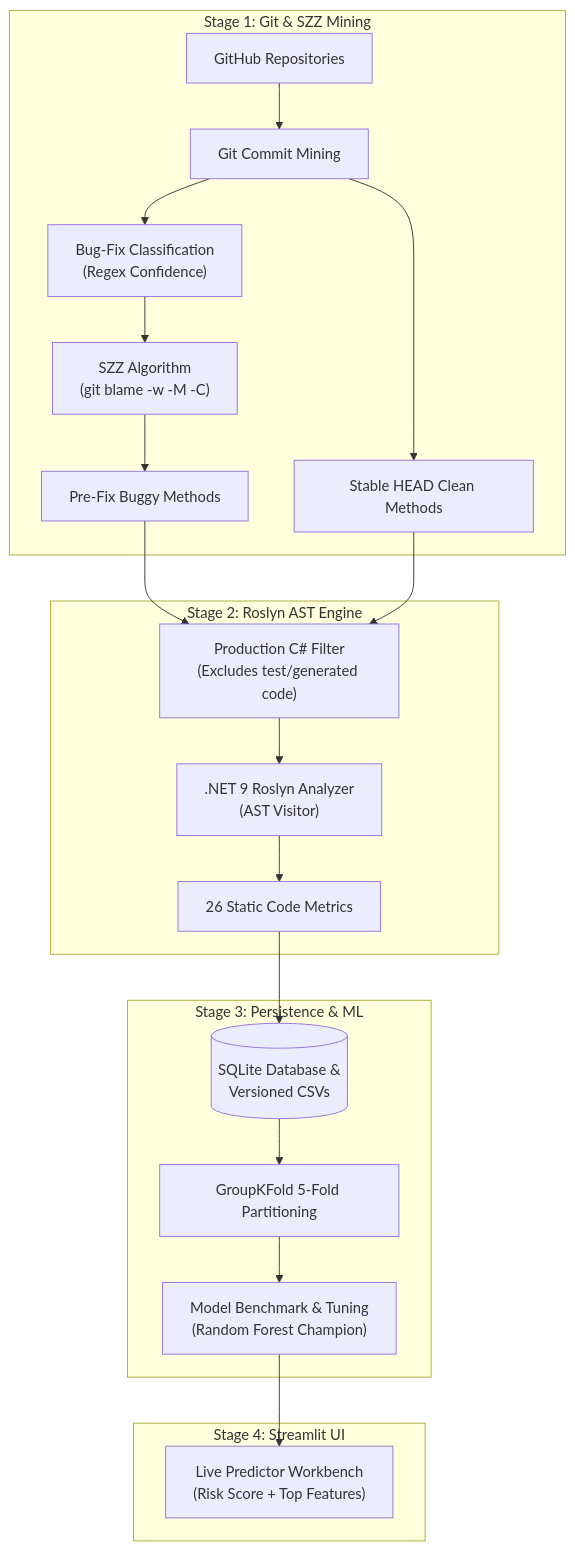
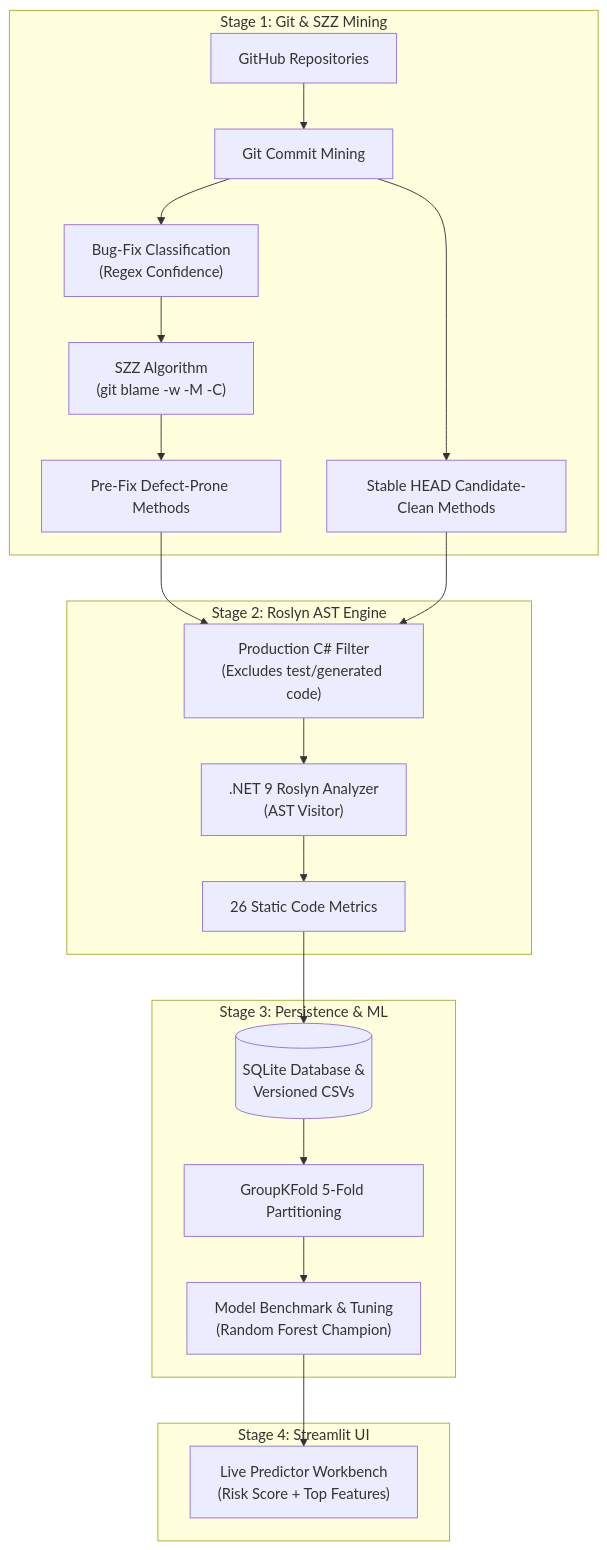
The first of 2 diagrams in Year2_Semester1_ComputationalIntelligenceSoftwareEngineering/CISE_Project2/6_Presentation/03_SystemArchitecture.md (BogdanCTU/Applied-Computational-Intelligence-UBB), drawn with Mermaid before and after one commit. The commit also changed other lines of this file and 41 other files, not shown here.

````diff
--- a/Year2_Semester1_ComputationalIntelligenceSoftwareEngineering/CISE_Project2/6_Presentation/03_SystemArchitecture.md
+++ b/Year2_Semester1_ComputationalIntelligenceSoftwareEngineering/CISE_Project2/6_Presentation/03_SystemArchitecture.md
@@ -9,27 +9,27 @@
 ```mermaid
 flowchart TD
     subgraph Stage1["Stage 1: Git & SZZ Mining"]
         A["GitHub Repositories"] --> B["Git Commit Mining"]
         B --> C["Bug-Fix Classification<br/>(Regex Confidence)"]
         C --> D["SZZ Algorithm<br/>(git blame -w -M -C)"]
-        D --> E["Pre-Fix Buggy Methods"]
-        B --> F["Stable HEAD Clean Methods"]
+        D --> E["Pre-Fix Defect-Prone Methods"]
+        B --> F["Stable HEAD Candidate-Clean Methods"]
     end
 
     subgraph Stage2["Stage 2: Roslyn AST Engine"]
         E --> G["Production C# Filter<br/>(Excludes test/generated code)"]
         F --> G
         G --> H[".NET 9 Roslyn Analyzer<br/>(AST Visitor)"]
         H --> I["26 Static Code Metrics"]
     end
 
     subgraph Stage3["Stage 3: Persistence & ML"]
         I --> J[("SQLite Database &<br/>Versioned CSVs")]
         J --> K["GroupKFold 5-Fold Partitioning"]
         K --> L["Model Benchmark & Tuning<br/>(Random Forest Champion)"]
     end
 
     subgraph Stage4["Stage 4: Streamlit UI"]
         L --> M["Live Predictor Workbench<br/>(Risk Score + Top Features)"]
     end
 ```
````
